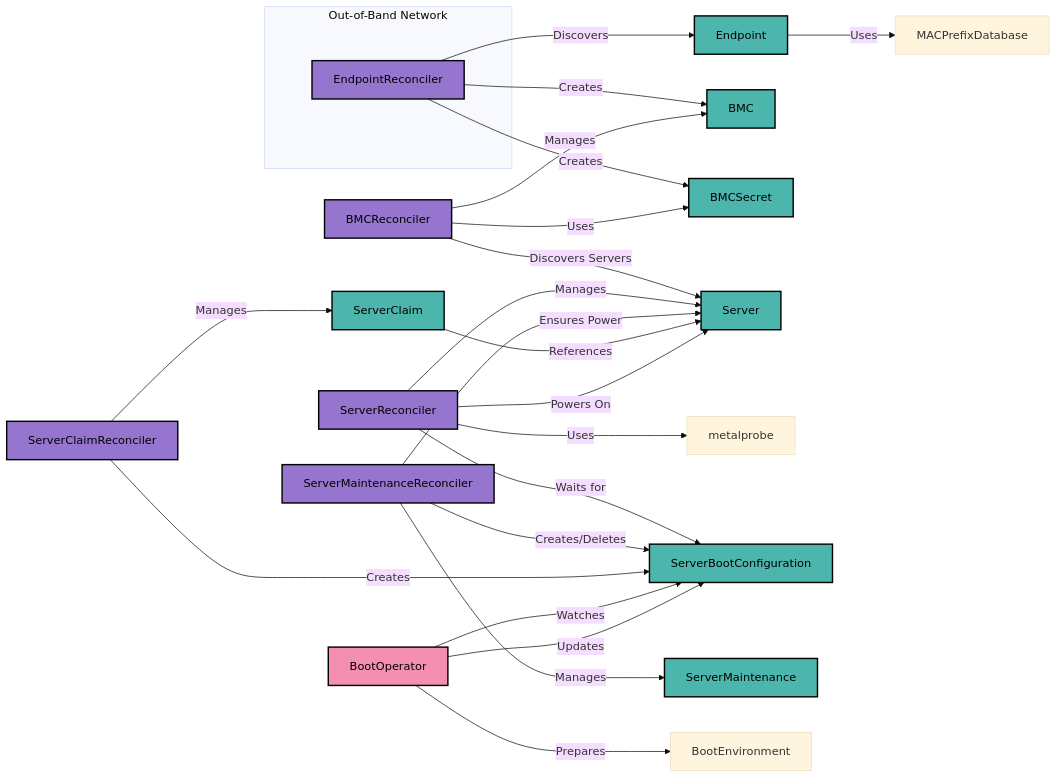
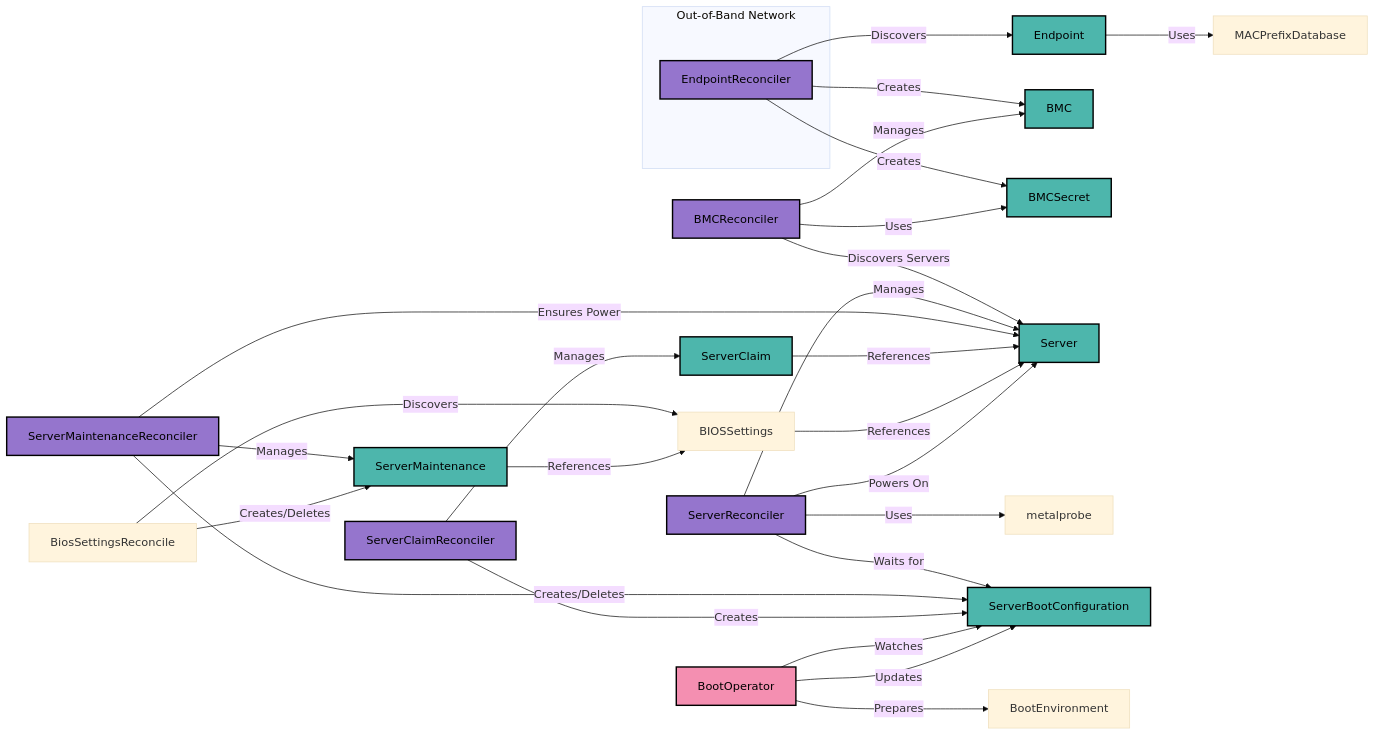
Before and after one commit to ironcore-dev/metal-operator: the diagram in docs/architecture.md, drawn with Mermaid (base theme). The commit also changed other lines of this file and 2 other files, not shown here.

Commit message:
Update docs for BiosSettings

````diff
--- a/docs/architecture.md
+++ b/docs/architecture.md
@@ -7,39 +7,44 @@
 ```mermaid
 flowchart LR
     subgraph Out-of-Band Network
         EndpointReconciler
     end
     EndpointReconciler -- Discovers --> Endpoint
     Endpoint -- Uses --> MACPrefixDatabase
     EndpointReconciler -- Creates --> BMC & BMCSecret
 
     BMCReconciler -- Manages --> BMC
     BMCReconciler -- Uses --> BMCSecret
     BMCReconciler -- Discovers Servers --> Server
 
     ServerReconciler -- Manages --> Server
     ServerReconciler -- Uses --> metalprobe
     ServerReconciler -- Waits for --> ServerBootConfiguration
     
     ServerMaintenanceReconciler -- Manages --> ServerMaintenance
     ServerMaintenanceReconciler -- Creates/Deletes --> ServerBootConfiguration
     ServerMaintenanceReconciler -- Ensures Power --> Server
 
     ServerClaimReconciler -- Manages --> ServerClaim
     ServerClaim -- References --> Server
     ServerClaimReconciler -- Creates --> ServerBootConfiguration
 
     BootOperator -- Watches --> ServerBootConfiguration
     BootOperator -- Prepares --> BootEnvironment
     BootOperator -- Updates --> ServerBootConfiguration
 
+    BiosSettingsReconcile -- Discovers --> BIOSSettings
+    BiosSettingsReconcile -- Creates/Deletes --> ServerMaintenance
+    BIOSSettings -- References --> Server
+    ServerMaintenance -- References --> BIOSSettings
+
     ServerReconciler -- Powers On --> Server
 
     classDef operator fill:#9575cd, stroke:#000, stroke-width:2px, color:#000;
     classDef crd fill:#4db6ac, stroke:#000, stroke-width:2px, color:#000;
     classDef external fill:#f48fb1, stroke:#000, stroke-width:2px, color:#000;
 
     class EndpointReconciler,BMCReconciler,ServerReconciler,ServerClaimReconciler,ServerMaintenanceReconciler operator;
     class Endpoint,BMC,BMCSecret,Server,ServerClaim,ServerBootConfiguration,ServerMaintenance crd;
     class BootOperator external;
 ```
````
